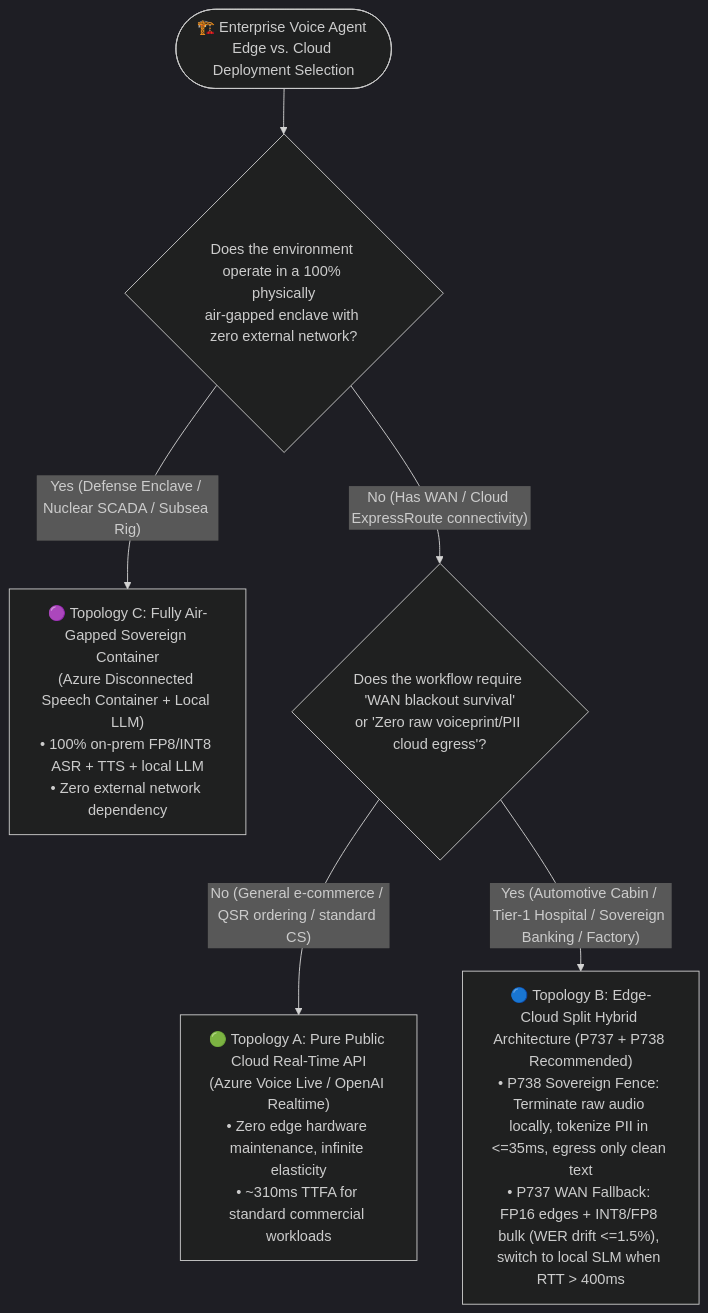
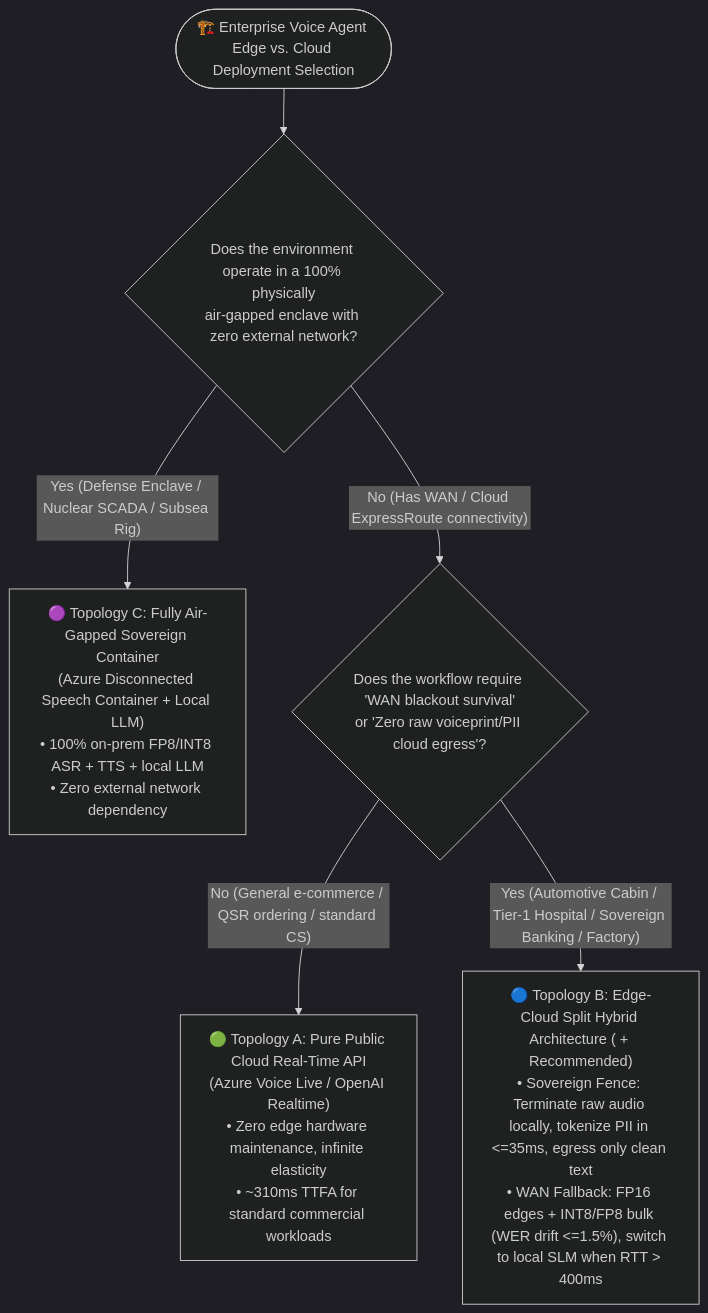
Before and after one commit to turbo998/voice-agent-lab: the first of 3 diagrams in docs/voice-edge-cloud-quantized-container-failover-faq.en.md, drawn with Mermaid (dark theme). The commit also changed other lines of this file and 715 other files, not shown here.

First line of the commit message:
chore: curate Enterprise Voice AI SA deliverables and purge non-SA RFC/industrial bloat

````diff
--- a/docs/voice-edge-cloud-quantized-container-failover-faq.en.md
+++ b/docs/voice-edge-cloud-quantized-container-failover-faq.en.md
@@ -86,12 +86,12 @@
 ```mermaid
 flowchart TD
-    Start(["🏗️ Enterprise Voice Agent Edge vs. Cloud Deployment Selection"]) --> Q1{"Does the environment operate in a 100% physically\nair-gapped enclave with zero external network?"}
+ Start(["🏗️ Enterprise Voice Agent Edge vs. Cloud Deployment Selection"]) --> Q1{"Does the environment operate in a 100% physically\nair-gapped enclave with zero external network?"}
 
-    Q1 -- "Yes (Defense Enclave / Nuclear SCADA / Subsea Rig)" --> TopoC["🟣 Topology C: Fully Air-Gapped Sovereign Container\n(Azure Disconnected Speech Container + Local LLM)\n• 100% on-prem FP8/INT8 ASR + TTS + local LLM\n• Zero external network dependency"]
+ Q1 -- "Yes (Defense Enclave / Nuclear SCADA / Subsea Rig)" --> TopoC["🟣 Topology C: Fully Air-Gapped Sovereign Container\n(Azure Disconnected Speech Container + Local LLM)\n• 100% on-prem FP8/INT8 ASR + TTS + local LLM\n• Zero external network dependency"]
 
-    Q1 -- "No (Has WAN / Cloud ExpressRoute connectivity)" --> Q2{"Does the workflow require 'WAN blackout survival'\nor 'Zero raw voiceprint/PII cloud egress'?"}
+ Q1 -- "No (Has WAN / Cloud ExpressRoute connectivity)" --> Q2{"Does the workflow require 'WAN blackout survival'\nor 'Zero raw voiceprint/PII cloud egress'?"}
 
-    Q2 -- "No (General e-commerce / QSR ordering / standard CS)" --> TopoA["🟢 Topology A: Pure Public Cloud Real-Time API\n(Azure Voice Live / OpenAI Realtime)\n• Zero edge hardware maintenance, infinite elasticity\n• ~310ms TTFA for standard commercial workloads"]
+ Q2 -- "No (General e-commerce / QSR ordering / standard CS)" --> TopoA["🟢 Topology A: Pure Public Cloud Real-Time API\n(Azure Voice Live / OpenAI Realtime)\n• Zero edge hardware maintenance, infinite elasticity\n• ~310ms TTFA for standard commercial workloads"]
 
-    Q2 -- "Yes (Automotive Cabin / Tier-1 Hospital / Sovereign Banking / Factory)" --> TopoB["🔵 Topology B: Edge-Cloud Split Hybrid Architecture (P737 + P738 Recommended)\n• P738 Sovereign Fence: Terminate raw audio locally, tokenize PII in <=35ms, egress only clean text\n• P737 WAN Fallback: FP16 edges + INT8/FP8 bulk (WER drift <=1.5%), switch to local SLM when RTT > 400ms"]
+ Q2 -- "Yes (Automotive Cabin / Tier-1 Hospital / Sovereign Banking / Factory)" --> TopoB["🔵 Topology B: Edge-Cloud Split Hybrid Architecture ( + Recommended)\n• Sovereign Fence: Terminate raw audio locally, tokenize PII in <=35ms, egress only clean text\n• WAN Fallback: FP16 edges + INT8/FP8 bulk (WER drift <=1.5%), switch to local SLM when RTT > 400ms"]
 ```
````
